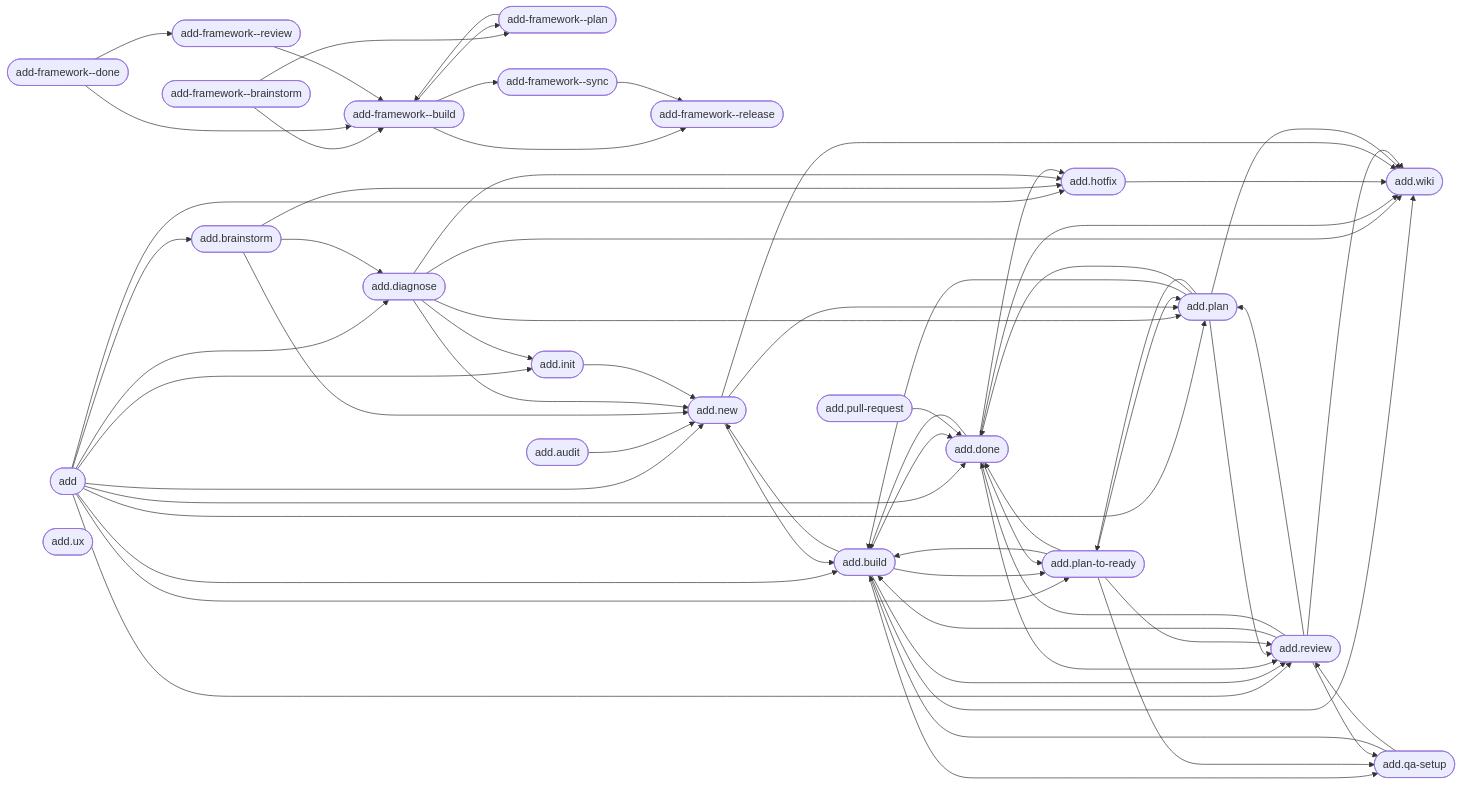
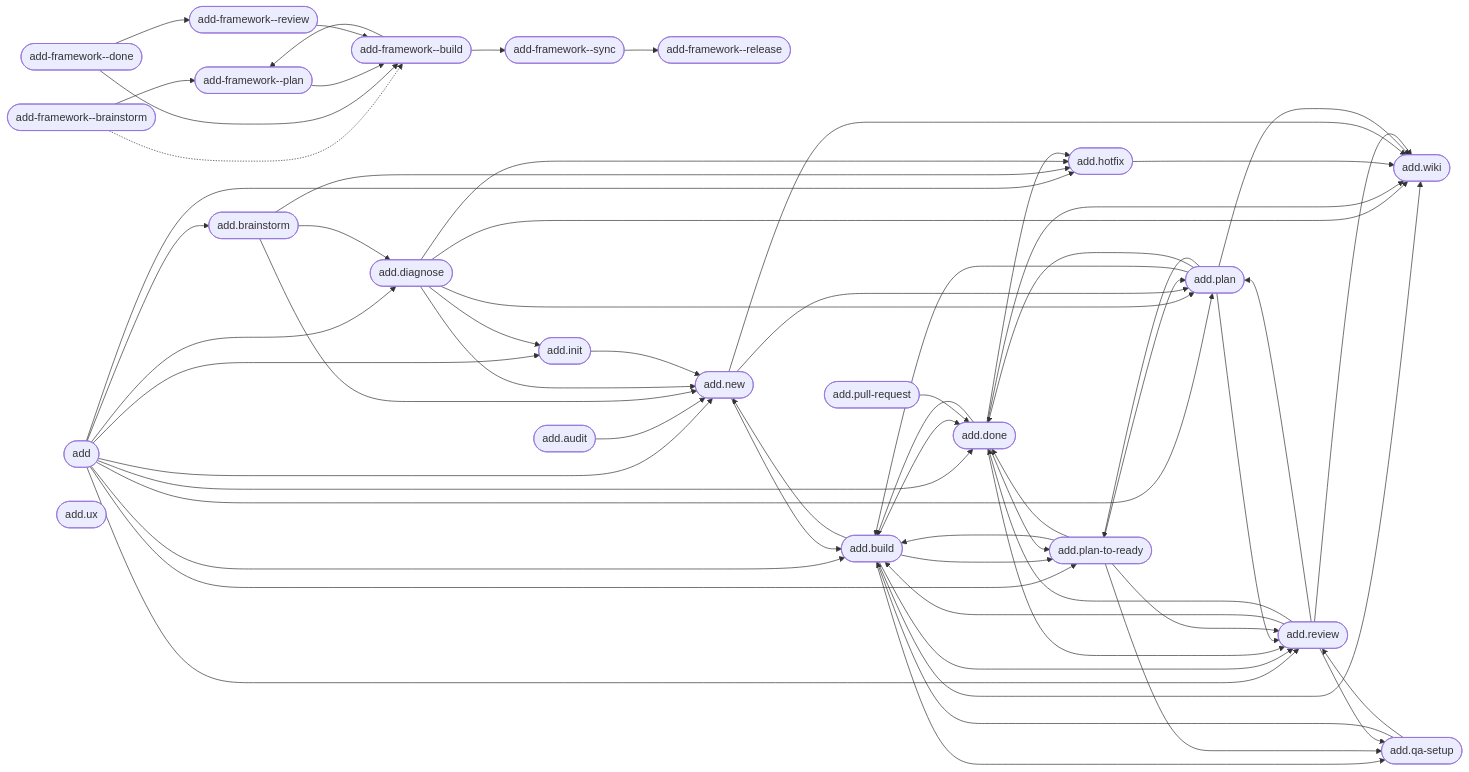
The diagram in web/public/artefact-graph.mmd (brabos-ai/code-addiction), drawn with Mermaid before and after one commit. The commit also changed 12 other files, not shown here.

```diff
--- a/web/public/artefact-graph.mmd
+++ b/web/public/artefact-graph.mmd
@@ -1,87 +1,86 @@
 flowchart LR
     n_internal_command_add_framework__brainstorm(["add-framework--brainstorm"])
     n_internal_command_add_framework__build(["add-framework--build"])
     n_internal_command_add_framework__done(["add-framework--done"])
     n_internal_command_add_framework__plan(["add-framework--plan"])
     n_internal_command_add_framework__release(["add-framework--release"])
     n_internal_command_add_framework__review(["add-framework--review"])
     n_internal_command_add_framework__sync(["add-framework--sync"])
     n_product_command_add(["add"])
     n_product_command_add_audit(["add.audit"])
     n_product_command_add_brainstorm(["add.brainstorm"])
     n_product_command_add_build(["add.build"])
     n_product_command_add_diagnose(["add.diagnose"])
     n_product_command_add_done(["add.done"])
     n_product_command_add_hotfix(["add.hotfix"])
     n_product_command_add_init(["add.init"])
     n_product_command_add_new(["add.new"])
     n_product_command_add_plan(["add.plan"])
     n_product_command_add_plan_to_ready(["add.plan-to-ready"])
     n_product_command_add_pull_request(["add.pull-request"])
     n_product_command_add_qa_setup(["add.qa-setup"])
     n_product_command_add_review(["add.review"])
     n_product_command_add_ux(["add.ux"])
     n_product_command_add_wiki(["add.wiki"])
-    n_internal_command_add_framework__brainstorm --> n_internal_command_add_framework__build
     n_internal_command_add_framework__brainstorm --> n_internal_command_add_framework__plan
+    n_internal_command_add_framework__brainstorm -.-> n_internal_command_add_framework__build
     n_internal_command_add_framework__build --> n_internal_command_add_framework__plan
-    n_internal_command_add_framework__build --> n_internal_command_add_framework__release
     n_internal_command_add_framework__build --> n_internal_command_add_framework__sync
     n_internal_command_add_framework__done --> n_internal_command_add_framework__build
     n_internal_command_add_framework__done --> n_internal_command_add_framework__review
     n_internal_command_add_framework__plan --> n_internal_command_add_framework__build
     n_internal_command_add_framework__review --> n_internal_command_add_framework__build
     n_internal_command_add_framework__sync --> n_internal_command_add_framework__release
     n_product_command_add --> n_product_command_add_brainstorm
     n_product_command_add --> n_product_command_add_build
     n_product_command_add --> n_product_command_add_diagnose
     n_product_command_add --> n_product_command_add_done
     n_product_command_add --> n_product_command_add_hotfix
     n_product_command_add --> n_product_command_add_init
     n_product_command_add --> n_product_command_add_new
     n_product_command_add --> n_product_command_add_plan
     n_product_command_add --> n_product_command_add_plan_to_ready
     n_product_command_add --> n_product_command_add_review
     n_product_command_add_audit --> n_product_command_add_new
     n_product_command_add_brainstorm --> n_product_command_add_diagnose
     n_product_command_add_brainstorm --> n_product_command_add_hotfix
     n_product_command_add_brainstorm --> n_product_command_add_new
     n_product_command_add_build --> n_product_command_add_done
     n_product_command_add_build --> n_product_command_add_new
     n_product_command_add_build --> n_product_command_add_plan_to_ready
     n_product_command_add_build --> n_product_command_add_qa_setup
     n_product_command_add_build --> n_product_command_add_review
     n_product_command_add_build --> n_product_command_add_wiki
     n_product_command_add_diagnose --> n_product_command_add_hotfix
     n_product_command_add_diagnose --> n_product_command_add_init
     n_product_command_add_diagnose --> n_product_command_add_new
     n_product_command_add_diagnose --> n_product_command_add_plan
     n_product_command_add_diagnose --> n_product_command_add_wiki
     n_product_command_add_done --> n_product_command_add_build
     n_product_command_add_done --> n_product_command_add_hotfix
     n_product_command_add_done --> n_product_command_add_plan_to_ready
     n_product_command_add_done --> n_product_command_add_review
     n_product_command_add_done --> n_product_command_add_wiki
     n_product_command_add_hotfix --> n_product_command_add_wiki
     n_product_command_add_init --> n_product_command_add_new
     n_product_command_add_new --> n_product_command_add_build
     n_product_command_add_new --> n_product_command_add_plan
     n_product_command_add_new --> n_product_command_add_wiki
     n_product_command_add_plan --> n_product_command_add_build
     n_product_command_add_plan --> n_product_command_add_done
     n_product_command_add_plan --> n_product_command_add_plan_to_ready
     n_product_command_add_plan --> n_product_command_add_review
     n_product_command_add_plan --> n_product_command_add_wiki
     n_product_command_add_plan_to_ready --> n_product_command_add_build
     n_product_command_add_plan_to_ready --> n_product_command_add_done
     n_product_command_add_plan_to_ready --> n_product_command_add_plan
     n_product_command_add_plan_to_ready --> n_product_command_add_qa_setup
     n_product_command_add_plan_to_ready --> n_product_command_add_review
     n_product_command_add_pull_request --> n_product_command_add_done
     n_product_command_add_qa_setup --> n_product_command_add_build
     n_product_command_add_qa_setup --> n_product_command_add_review
     n_product_command_add_review --> n_product_command_add_build
     n_product_command_add_review --> n_product_command_add_done
     n_product_command_add_review --> n_product_command_add_plan
     n_product_command_add_review --> n_product_command_add_qa_setup
     n_product_command_add_review --> n_product_command_add_wiki
```
